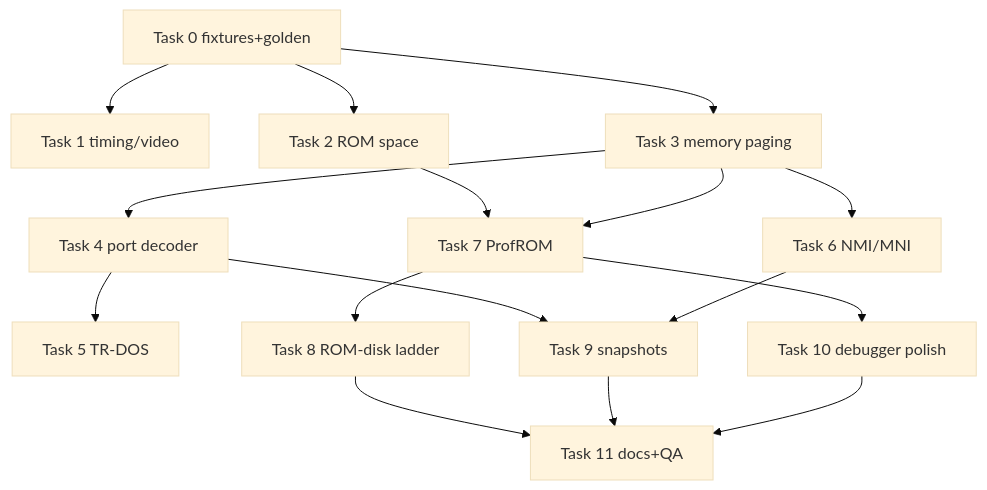
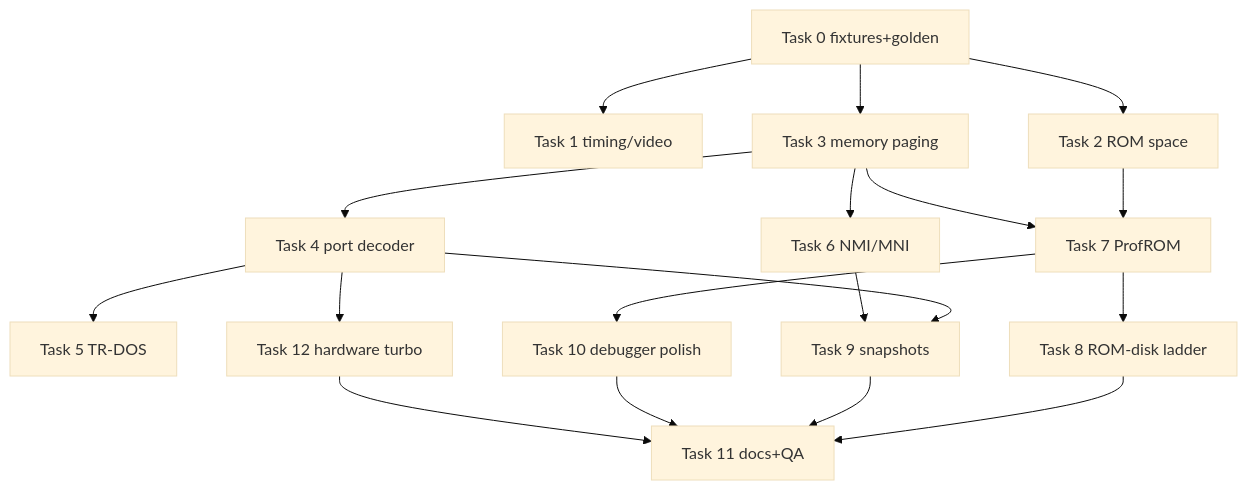
One commit to alfishe/unreal-ng changed the diagram in docs/inprogress/2026-09-07-scorpion-zs256-clone/implementation-plan.md. Above: the diagram before and after it, drawn with Mermaid (base theme). The commit also changed other lines of this file and 26 other files, not shown here.

````diff
--- a/docs/inprogress/2026-09-07-scorpion-zs256-clone/implementation-plan.md
+++ b/docs/inprogress/2026-09-07-scorpion-zs256-clone/implementation-plan.md
@@ -394,18 +446,20 @@
 ```mermaid
 flowchart TD
     T0[Task 0 fixtures+golden] --> T1[Task 1 timing/video]
     T0 --> T2[Task 2 ROM space]
     T0 --> T3[Task 3 memory paging]
     T3 --> T4[Task 4 port decoder]
     T4 --> T5[Task 5 TR-DOS]
     T3 --> T6[Task 6 NMI/MNI]
     T2 --> T7[Task 7 ProfROM]
     T3 --> T7
     T7 --> T8[Task 8 ROM-disk ladder]
     T4 --> T9[Task 9 snapshots]
     T6 --> T9
     T7 --> T10[Task 10 debugger polish]
     T8 --> T11[Task 11 docs+QA]
     T9 --> T11
     T10 --> T11
+    T4 --> T12[Task 12 hardware turbo]
+    T12 --> T11
 ```
````
